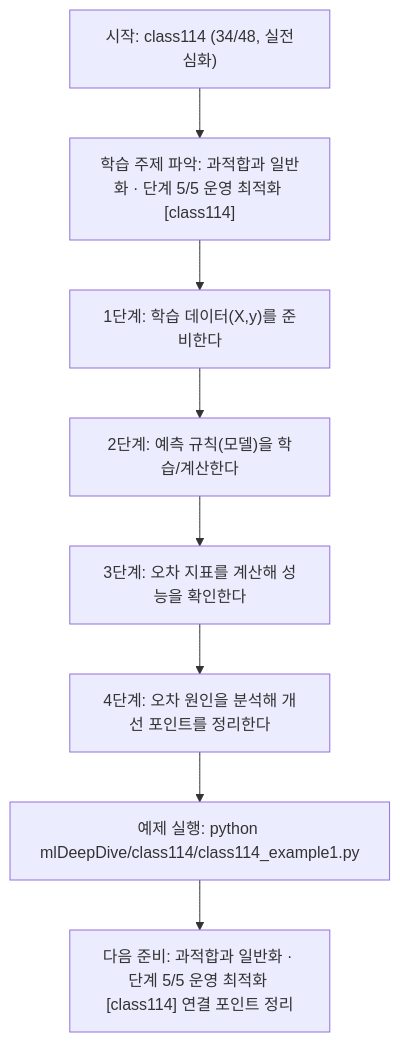
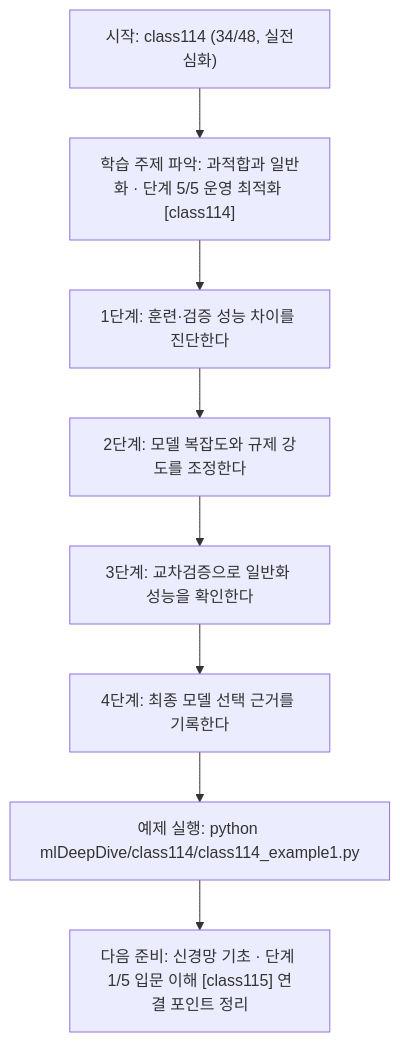
The diagram in mlDeepDive/class114/class114.md (edumgt/Python-AI_Agent-Class), drawn with Mermaid before and after one commit. The commit also changed other lines of this file and 338 other files, not shown here.

````diff
--- a/mlDeepDive/class114/class114.md
+++ b/mlDeepDive/class114/class114.md
@@ -109,18 +91,18 @@
 ```mermaid
 flowchart TD
 N1["시작: class114 (34/48, 실전심화)"]
 N2["학습 주제 파악: 과적합과 일반화 · 단계 5/5 운영 최적화 [class114]"]
-N3["1단계: 학습 데이터(X,y)를 준비한다"]
-N4["2단계: 예측 규칙(모델)을 학습/계산한다"]
-N5["3단계: 오차 지표를 계산해 성능을 확인한다"]
-N6["4단계: 오차 원인을 분석해 개선 포인트를 정리한다"]
+N3["1단계: 훈련·검증 성능 차이를 진단한다"]
+N4["2단계: 모델 복잡도와 규제 강도를 조정한다"]
+N5["3단계: 교차검증으로 일반화 성능을 확인한다"]
+N6["4단계: 최종 모델 선택 근거를 기록한다"]
 N7["예제 실행: python mlDeepDive/class114/class114_example1.py"]
-N8["다음 준비: 과적합과 일반화 · 단계 5/5 운영 최적화 [class114] 연결 포인트 정리"]
+N8["다음 준비: 신경망 기초 · 단계 1/5 입문 이해 [class115] 연결 포인트 정리"]
 N1 --> N2
 N2 --> N3
 N3 --> N4
 N4 --> N5
 N5 --> N6
 N6 --> N7
 N7 --> N8
 ```
````
